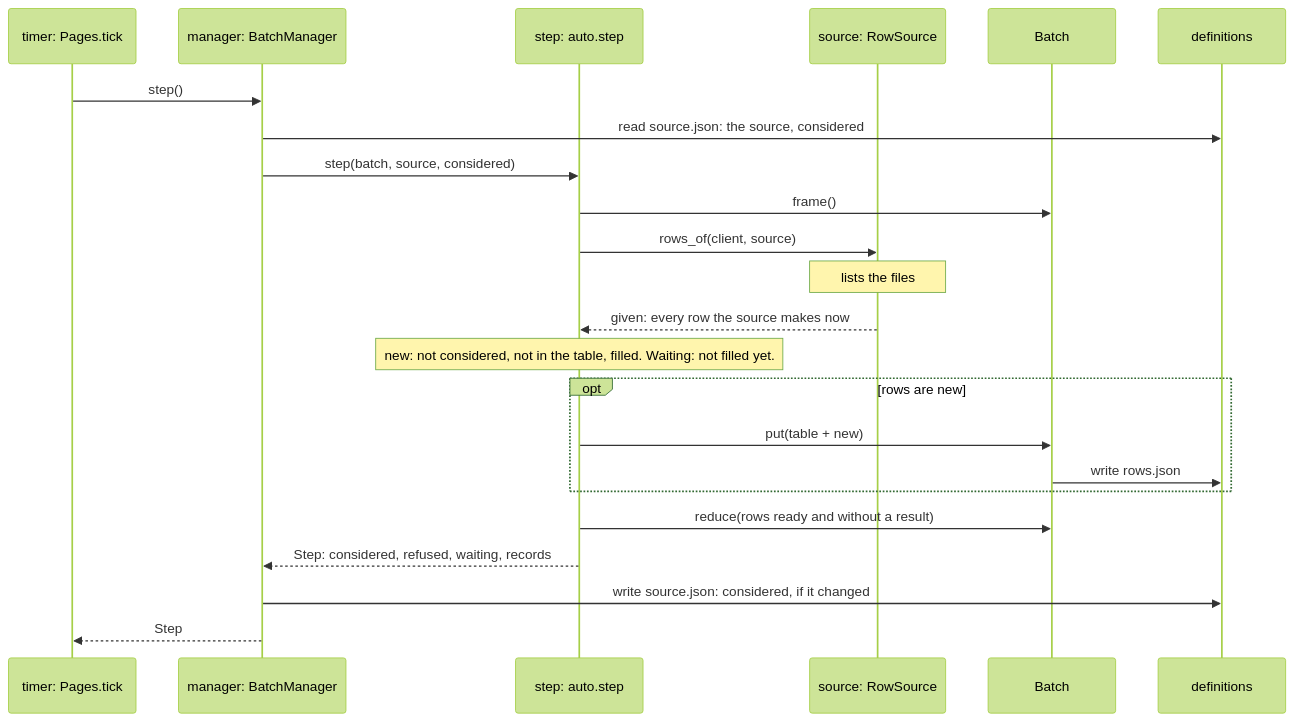
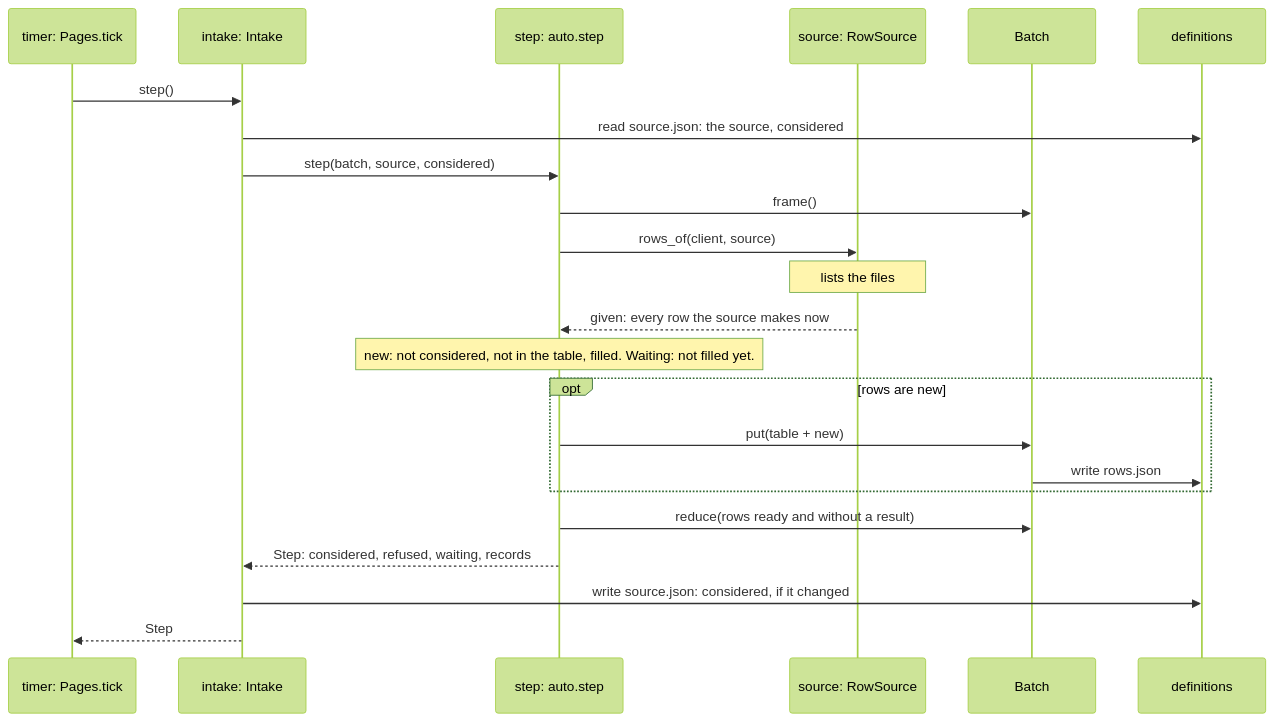
Before and after one commit to scipp/essapps: the fifth of 5 diagrams in packages/essapps/docs/batch.md, drawn with Mermaid (forest theme). The commit also changed other lines of this file and 6 other files, not shown here.

First line of the commit message:
Batch guides: the manager knows no row source; Intake brings rows in

````diff
--- a/packages/essapps/docs/batch.md
+++ b/packages/essapps/docs/batch.md
@@ -556,25 +576,25 @@
 ```mermaid
 sequenceDiagram
     participant timer as timer: Pages.tick
-    participant manager as manager: BatchManager
+    participant intake as intake: Intake
     participant step as step: auto.step
     participant source as source: RowSource
     participant batch as Batch
     participant definitions
-    timer->>manager: step()
-    manager->>definitions: read source.json: the source, considered
-    manager->>step: step(batch, source, considered)
+    timer->>intake: step()
+    intake->>definitions: read source.json: the source, considered
+    intake->>step: step(batch, source, considered)
     step->>batch: frame()
     step->>source: rows_of(client, source)
     Note over source: lists the files
     source-->>step: given: every row the source makes now
     Note over step: new: not considered, not in the table, filled. Waiting: not filled yet.
     opt rows are new
         step->>batch: put(table + new)
         batch->>definitions: write rows.json
     end
     step->>batch: reduce(rows ready and without a result)
-    step-->>manager: Step: considered, refused, waiting, records
-    manager->>definitions: write source.json: considered, if it changed
-    manager-->>timer: Step
+    step-->>intake: Step: considered, refused, waiting, records
+    intake->>definitions: write source.json: considered, if it changed
+    intake-->>timer: Step
 ```
````
